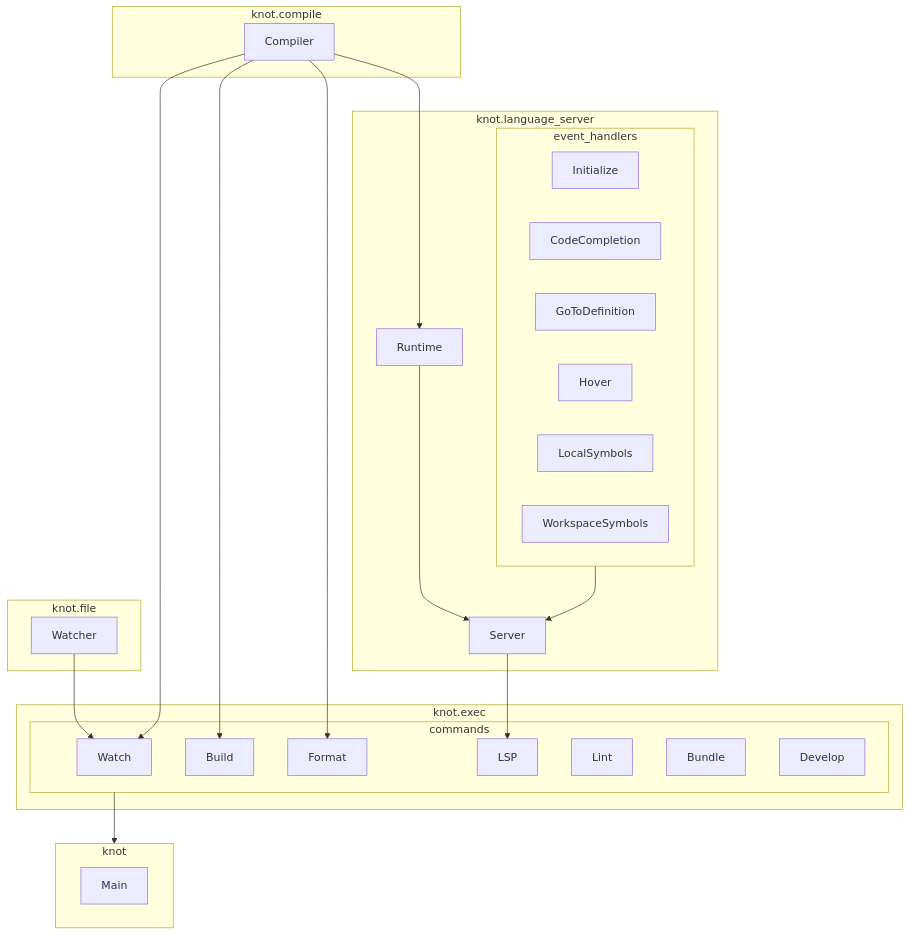
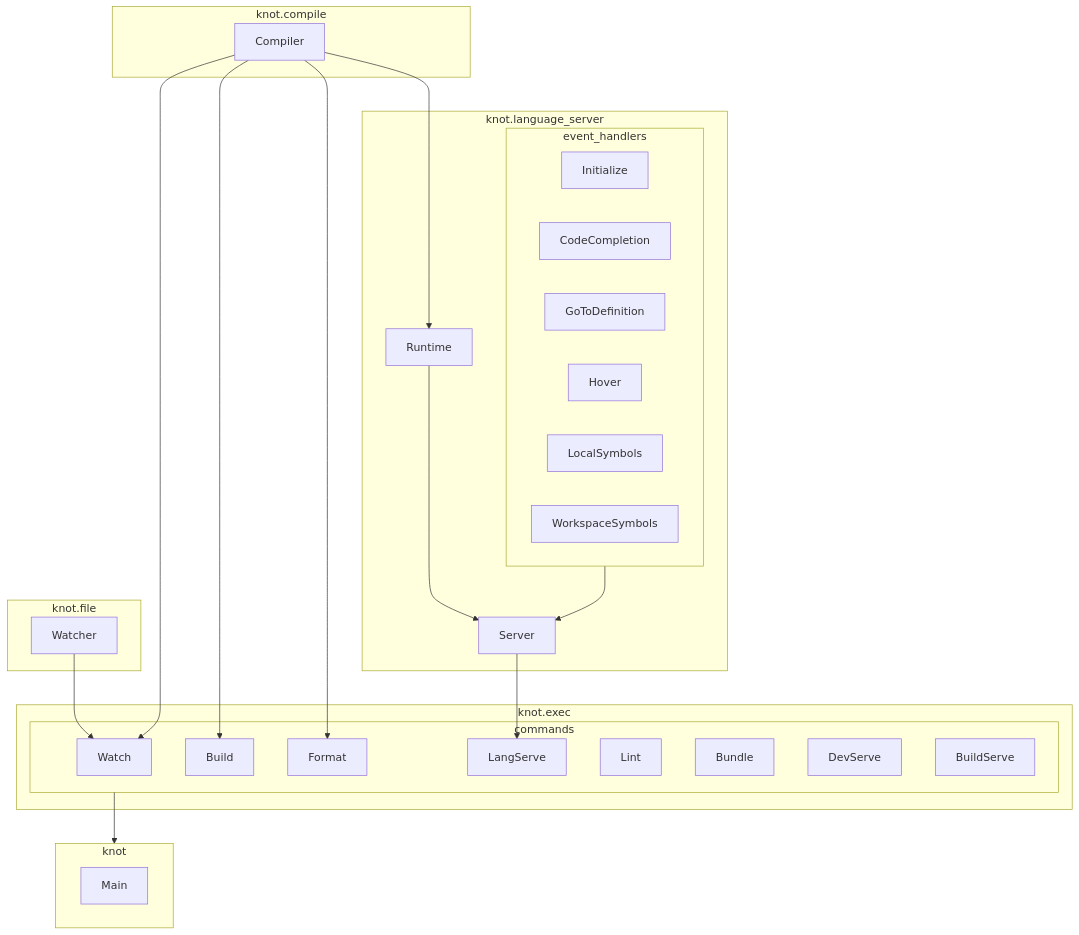
Before and after one commit to effervescentia/knot: the diagram in compiler/doc/binary_architecture.mmd, drawn with Mermaid. The commit also changed 11 other files, not shown here.

```diff
--- a/compiler/doc/binary_architecture.mmd
+++ b/compiler/doc/binary_architecture.mmd
@@ -1,52 +1,53 @@
 flowchart TD
   %% file
   subgraph knot.file
     Watcher
   end
   Watcher --> Watch
 
   %% compile
   subgraph knot.compile
     Compiler
   end
   Compiler --> Build
   Compiler --> Format
   Compiler --> Runtime
   Compiler --> Watch
 
   %% language_server
   subgraph knot.language_server
     subgraph event_handlers
       Initialize
       CodeCompletion
       GoToDefinition
       Hover
       LocalSymbols
       WorkspaceSymbols
     end
     Server
     Runtime
 
     Runtime --> Server
     event_handlers --> Server
   end
-  Server --> LSP
+  Server --> LangServe
 
   %% exec
   subgraph knot.exec
     subgraph commands
       Watch
       Format
       Build
-      LSP
       Lint
       Bundle
-      Develop
+      DevServe
+      LangServe
+      BuildServe
     end
   end
   commands --> knot
 
   %% cli
   subgraph knot
     Main
   end
```
